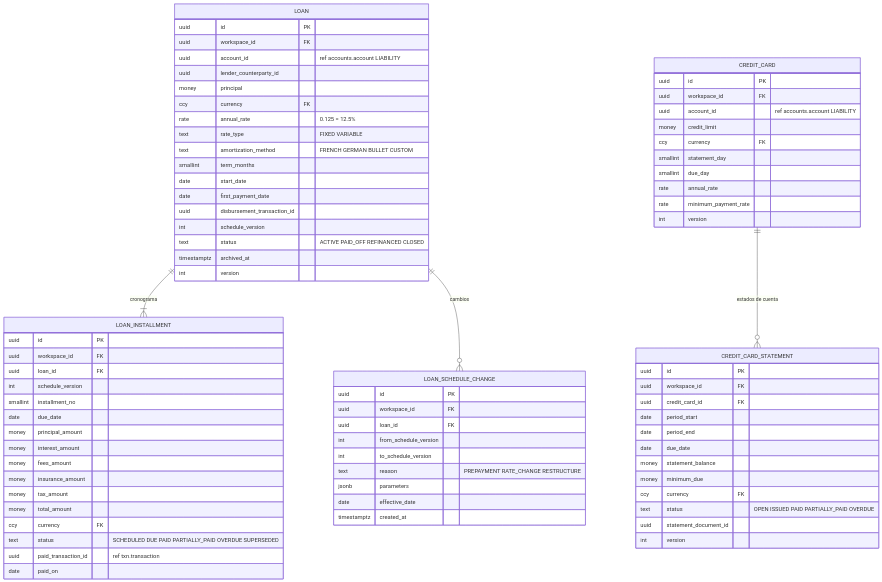
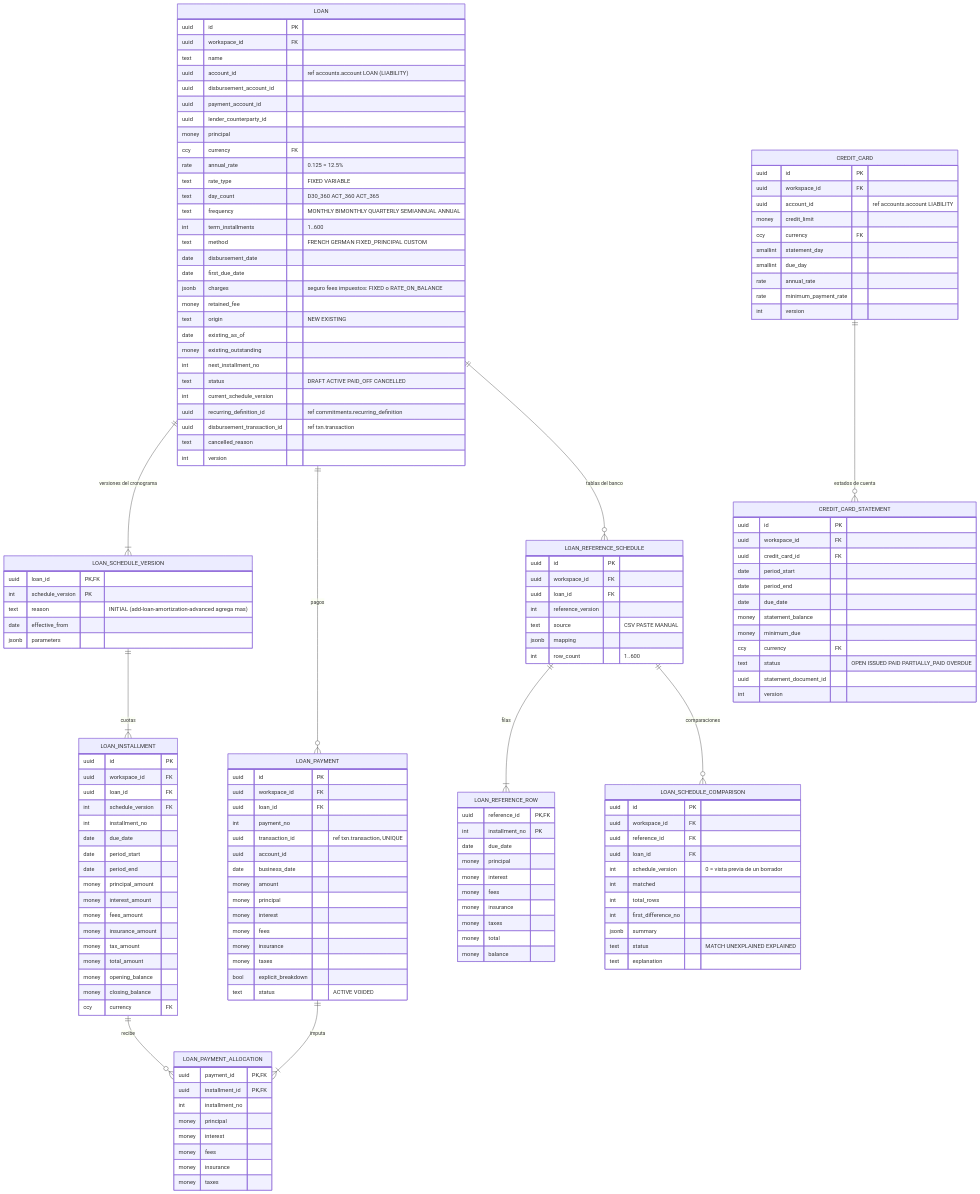
Diagram 12 of 22 in docs/08-data-model.md (manuXD270516/personal-finances), drawn with Mermaid before and after one commit. The commit also changed other lines of this file and 238 other files, not shown here.

First line of the commit message:
feat(debt): préstamos con cronograma French y comparación con el banco (add-loans) (#101)

````diff
--- a/docs/08-data-model.md
+++ b/docs/08-data-model.md
@@ -1075,55 +1082,131 @@
 ```mermaid
 erDiagram
-  LOAN ||--|{ LOAN_INSTALLMENT : "cronograma"
-  LOAN ||--o{ LOAN_SCHEDULE_CHANGE : "cambios"
+  LOAN ||--|{ LOAN_SCHEDULE_VERSION : "versiones del cronograma"
+  LOAN_SCHEDULE_VERSION ||--|{ LOAN_INSTALLMENT : "cuotas"
+  LOAN ||--o{ LOAN_PAYMENT : "pagos"
+  LOAN_PAYMENT ||--|{ LOAN_PAYMENT_ALLOCATION : "imputa"
+  LOAN_INSTALLMENT ||--o{ LOAN_PAYMENT_ALLOCATION : "recibe"
+  LOAN ||--o{ LOAN_REFERENCE_SCHEDULE : "tablas del banco"
+  LOAN_REFERENCE_SCHEDULE ||--|{ LOAN_REFERENCE_ROW : "filas"
+  LOAN_REFERENCE_SCHEDULE ||--o{ LOAN_SCHEDULE_COMPARISON : "comparaciones"
   CREDIT_CARD ||--o{ CREDIT_CARD_STATEMENT : "estados de cuenta"
   LOAN {
     uuid id PK
     uuid workspace_id FK
-    uuid account_id "ref accounts.account LIABILITY"
+    text name
+    uuid account_id "ref accounts.account LOAN (LIABILITY)"
+    uuid disbursement_account_id
+    uuid payment_account_id
     uuid lender_counterparty_id
     money principal
     ccy currency FK
     rate annual_rate "0.125 = 12.5%"
     text rate_type "FIXED VARIABLE"
-    text amortization_method "FRENCH GERMAN BULLET CUSTOM"
-    smallint term_months
-    date start_date
-    date first_payment_date
-    uuid disbursement_transaction_id
-    int schedule_version
-    text status "ACTIVE PAID_OFF REFINANCED CLOSED"
-    timestamptz archived_at
+    text day_count "D30_360 ACT_360 ACT_365"
+    text frequency "MONTHLY BIMONTHLY QUARTERLY SEMIANNUAL ANNUAL"
+    int term_installments "1..600"
+    text method "FRENCH GERMAN FIXED_PRINCIPAL CUSTOM"
+    date disbursement_date
+    date first_due_date
+    jsonb charges "seguro fees impuestos: FIXED o RATE_ON_BALANCE"
+    money retained_fee
+    text origin "NEW EXISTING"
+    date existing_as_of
+    money existing_outstanding
+    int next_installment_no
+    text status "DRAFT ACTIVE PAID_OFF CANCELLED"
+    int current_schedule_version
+    uuid recurring_definition_id "ref commitments.recurring_definition"
+    uuid disbursement_transaction_id "ref txn.transaction"
+    text cancelled_reason
     int version
+  }
+  LOAN_SCHEDULE_VERSION {
+    uuid loan_id PK, FK
+    int schedule_version PK
+    text reason "INITIAL (add-loan-amortization-advanced agrega mas)"
+    date effective_from
+    jsonb parameters
   }
   LOAN_INSTALLMENT {
     uuid id PK
     uuid workspace_id FK
     uuid loan_id FK
-    int schedule_version
-    smallint installment_no
+    int schedule_version FK
+    int installment_no
     date due_date
+    date period_start
+    date period_end
     money principal_amount
     money interest_amount
     money fees_amount
     money insurance_amount
     money tax_amount
     money total_amount
+    money opening_balance
+    money closing_balance
     ccy currency FK
-    text status "SCHEDULED DUE PAID PARTIALLY_PAID OVERDUE SUPERSEDED"
-    uuid paid_transaction_id "ref txn.transaction"
-    date paid_on
   }
-  LOAN_SCHEDULE_CHANGE {
+  LOAN_PAYMENT {
     uuid id PK
     uuid workspace_id FK
     uuid loan_id FK
-    int from_schedule_version
-    int to_schedule_version
-    text reason "PREPAYMENT RATE_CHANGE RESTRUCTURE"
-    jsonb parameters
-    date effective_date
-    timestamptz created_at
+    int payment_no
+    uuid transaction_id "ref txn.transaction, UNIQUE"
+    uuid account_id
+    date business_date
+    money amount
+    money principal
+    money interest
+    money fees
+    money insurance
+    money taxes
+    bool explicit_breakdown
+    text status "ACTIVE VOIDED"
+  }
+  LOAN_PAYMENT_ALLOCATION {
+    uuid payment_id PK, FK
+    uuid installment_id PK, FK
+    int installment_no
+    money principal
+    money interest
+    money fees
+    money insurance
+    money taxes
+  }
+  LOAN_REFERENCE_SCHEDULE {
+    uuid id PK
+    uuid workspace_id FK
+    uuid loan_id FK
+    int reference_version
+    text source "CSV PASTE MANUAL"
+    jsonb mapping
+    int row_count "1..600"
+  }
+  LOAN_REFERENCE_ROW {
+    uuid reference_id PK, FK
+    int installment_no PK
+    date due_date
+    money principal
+    money interest
+    money fees
+    money insurance
+    money taxes
+    money total
+    money balance
+  }
+  LOAN_SCHEDULE_COMPARISON {
+    uuid id PK
+    uuid workspace_id FK
+    uuid reference_id FK
+    uuid loan_id FK
+    int schedule_version "0 = vista previa de un borrador"
+    int matched
+    int total_rows
+    int first_difference_no
+    jsonb summary
+    text status "MATCH UNEXPLAINED EXPLAINED"
+    text explanation
   }
   CREDIT_CARD {
     uuid id PK
````
